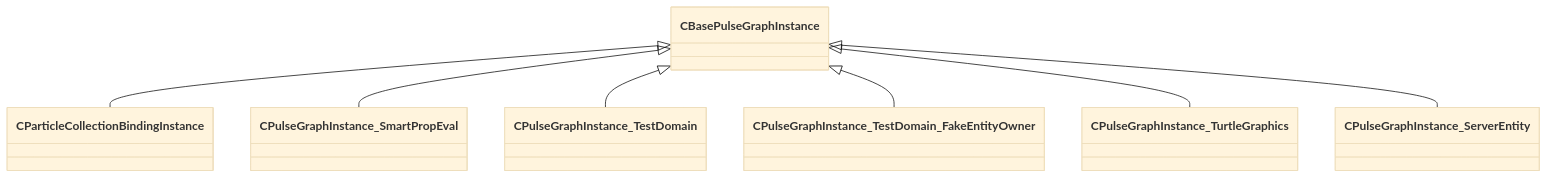
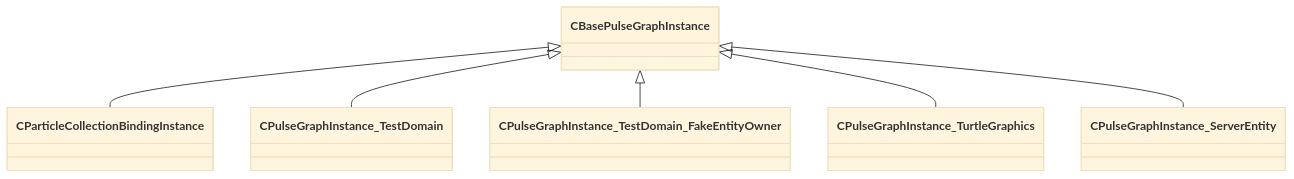
The diagram in docs/generated/schemas/pulse_runtime_lib/CBasePulseGraphInstance.md (CS2OpenDev/CS2OpenDev-Docs), drawn with Mermaid (base theme) before and after one commit. The commit also changed other lines of this file and 4654 other files, not shown here.

Commit message:
docs: regenerate for SchemaTracker build 25947352 [skip ci]

````diff
--- a/docs/generated/schemas/pulse_runtime_lib/CBasePulseGraphInstance.md
+++ b/docs/generated/schemas/pulse_runtime_lib/CBasePulseGraphInstance.md
@@ -19,9 +19,8 @@
 ```mermaid
 classDiagram
     CBasePulseGraphInstance <|-- CParticleCollectionBindingInstance
-    CBasePulseGraphInstance <|-- CPulseGraphInstance_SmartPropEval
     CBasePulseGraphInstance <|-- CPulseGraphInstance_TestDomain
     CBasePulseGraphInstance <|-- CPulseGraphInstance_TestDomain_FakeEntityOwner
     CBasePulseGraphInstance <|-- CPulseGraphInstance_TurtleGraphics
     CBasePulseGraphInstance <|-- CPulseGraphInstance_ServerEntity
 ```
````
